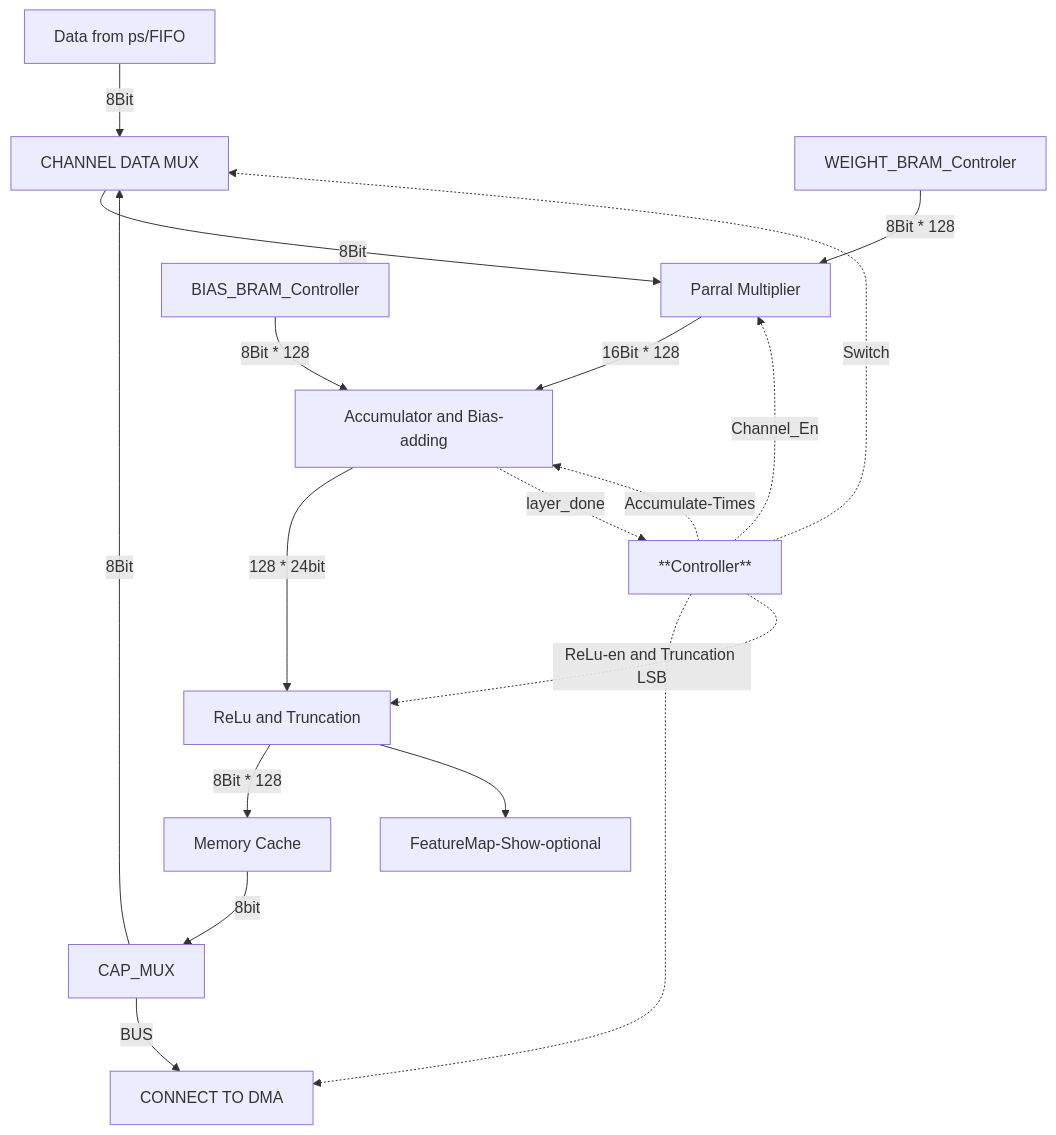
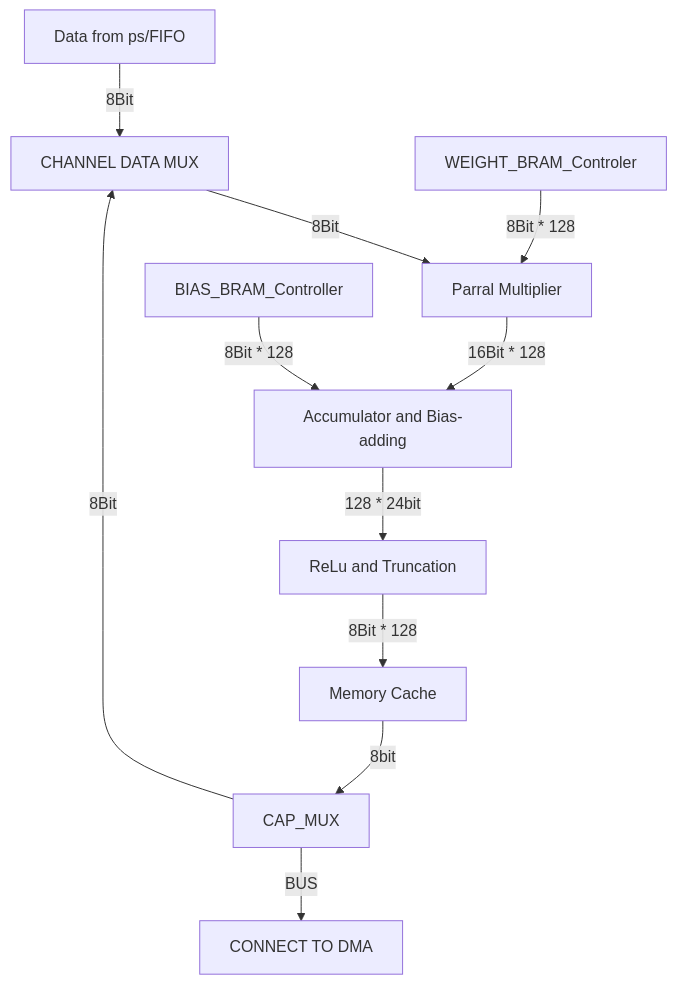
The diagram in README.md (yaochen0712/CNN_ACCEL_LITE), drawn with Mermaid before and after one commit.

Commit message:
简化Readme的图标

````diff
--- a/README.md
+++ b/README.md
@@ -9,20 +9,14 @@
 ```mermaid
 graph TD
     A[Data from ps/FIFO] --> |8Bit| B[CHANNEL DATA MUX]
     C[Memory Cache] --> |8bit| K[CAP_MUX]
     K --> |8Bit| B
     K --> |BUS| L[CONNECT TO DMA]
     B --> |8Bit| D[Parral Multiplier]
     D --> |16Bit * 128| E[Accumulator and Bias-adding]
     H[WEIGHT_BRAM_Controler] -->|8Bit * 128| D
     F[BIAS_BRAM_Controller] -->|8Bit * 128| E
     E --> |128 * 24bit| G[ReLu and Truncation]
     G --> |8Bit * 128| C
-    G --> I[FeatureMap-Show-optional]
-    J[**Controller**] -.-> |Switch|B
-    J -.-> |Channel_En|D
-    J -.-> |Accumulate-Times| E
-    J -.-> L
-    J -.-> |ReLu-en and Truncation LSB|G
-    E -.-> |layer_done|J
+
 ```  
````
